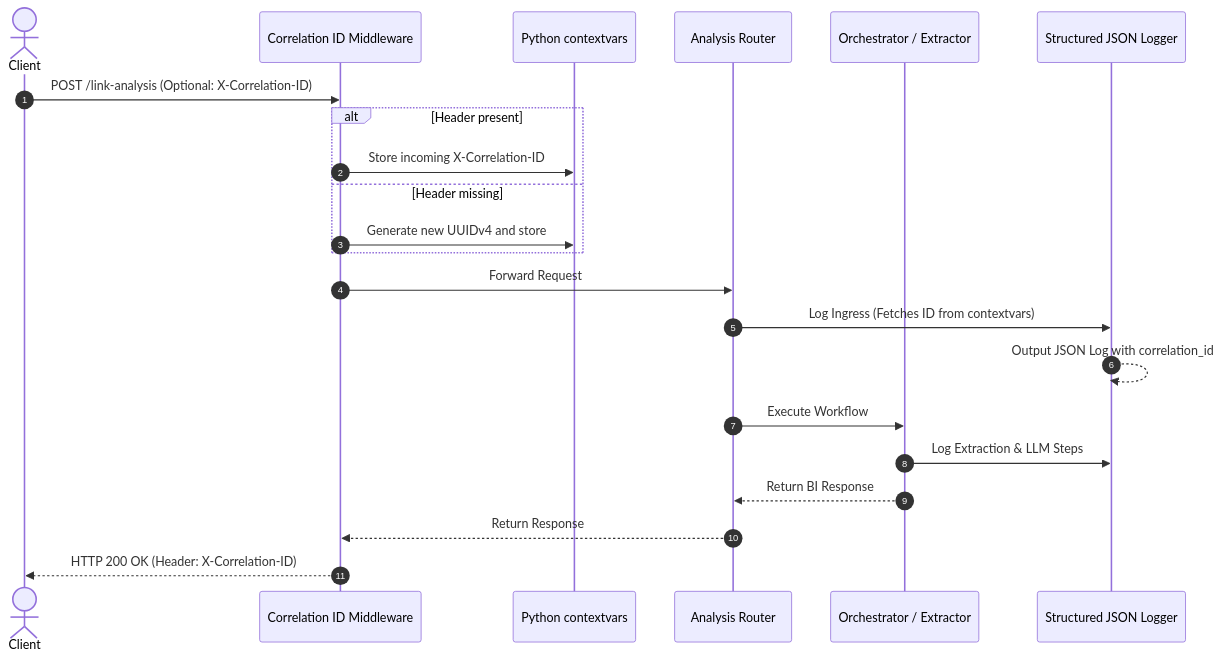
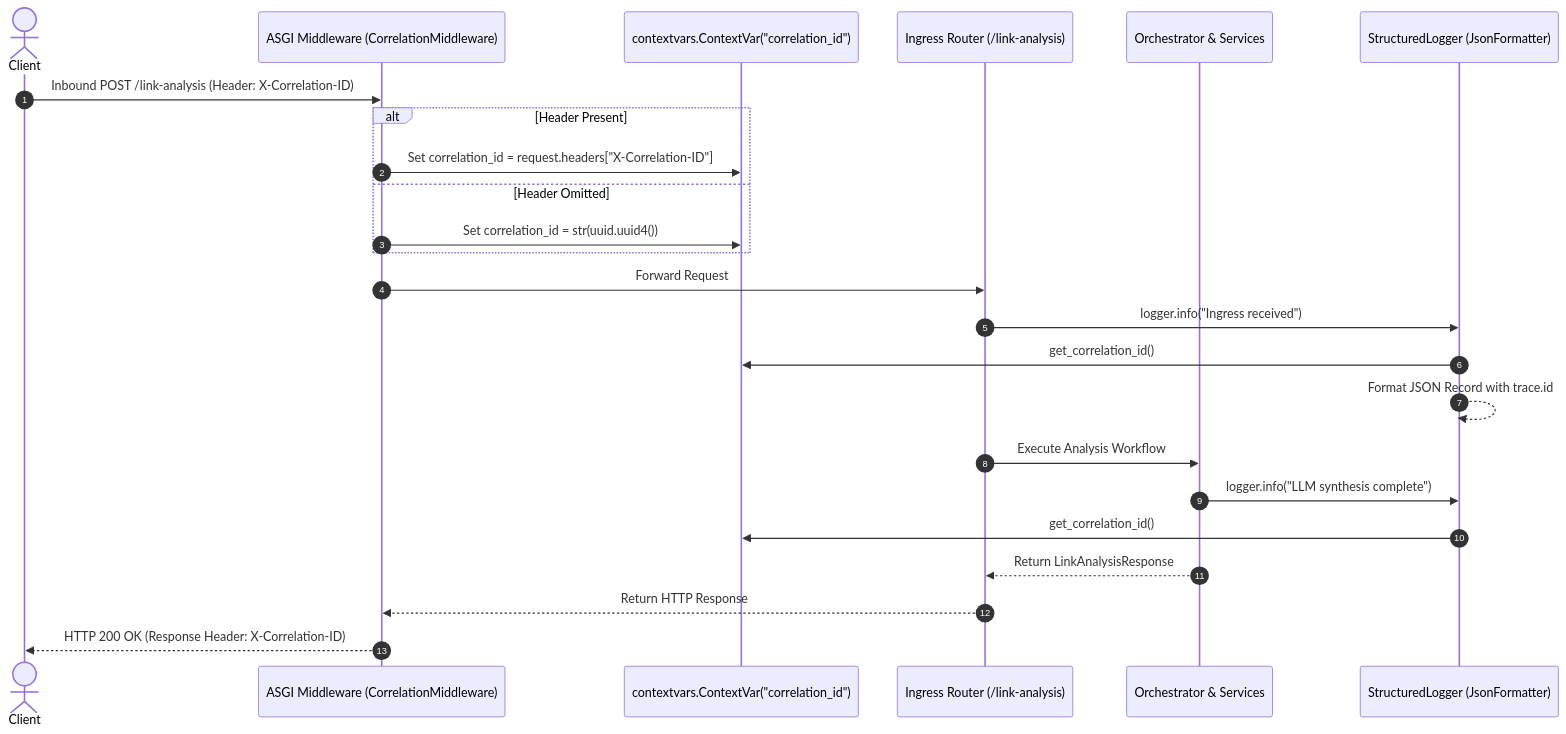
The diagram in docs/observability/01-structured-json-logging.md (piyushmakhija28/ai-link-analysis), drawn with Mermaid before and after one commit. The commit also changed other lines of this file and 4 other files, not shown here.

````diff
--- a/docs/observability/01-structured-json-logging.md
+++ b/docs/observability/01-structured-json-logging.md
@@ -48,25 +64,27 @@
 ```mermaid
 sequenceDiagram
     autonumber
     actor Client
-    participant MW as Correlation ID Middleware
-    participant Context as Python contextvars
-    participant Router as Analysis Router
-    participant Service as Orchestrator / Extractor
-    participant Logger as Structured JSON Logger
+    participant MW as ASGI Middleware (CorrelationMiddleware)
+    participant Context as contextvars.ContextVar("correlation_id")
+    participant Router as Ingress Router (/link-analysis)
+    participant Service as Orchestrator & Services
+    participant Logger as StructuredLogger (JsonFormatter)
 
-    Client->>MW: POST /link-analysis (Optional: X-Correlation-ID)
-    alt Header present
-        MW->>Context: Store incoming X-Correlation-ID
-    else Header missing
-        MW->>Context: Generate new UUIDv4 and store
+    Client->>MW: Inbound POST /link-analysis (Header: X-Correlation-ID)
+    alt Header Present
+        MW->>Context: Set correlation_id = request.headers["X-Correlation-ID"]
+    else Header Omitted
+        MW->>Context: Set correlation_id = str(uuid.uuid4())
     end
     MW->>Router: Forward Request
-    Router->>Logger: Log Ingress (Fetches ID from contextvars)
-    Logger-->>Logger: Output JSON Log with correlation_id
-    Router->>Service: Execute Workflow
-    Service->>Logger: Log Extraction & LLM Steps
-    Service-->>Router: Return BI Response
-    Router-->>MW: Return Response
-    MW-->>Client: HTTP 200 OK (Header: X-Correlation-ID)
+    Router->>Logger: logger.info("Ingress received")
+    Logger->>Context: get_correlation_id()
+    Logger-->>Logger: Format JSON Record with trace.id
+    Router->>Service: Execute Analysis Workflow
+    Service->>Logger: logger.info("LLM synthesis complete")
+    Logger->>Context: get_correlation_id()
+    Service-->>Router: Return LinkAnalysisResponse
+    Router-->>MW: Return HTTP Response
+    MW-->>Client: HTTP 200 OK (Response Header: X-Correlation-ID)
 ```
````
